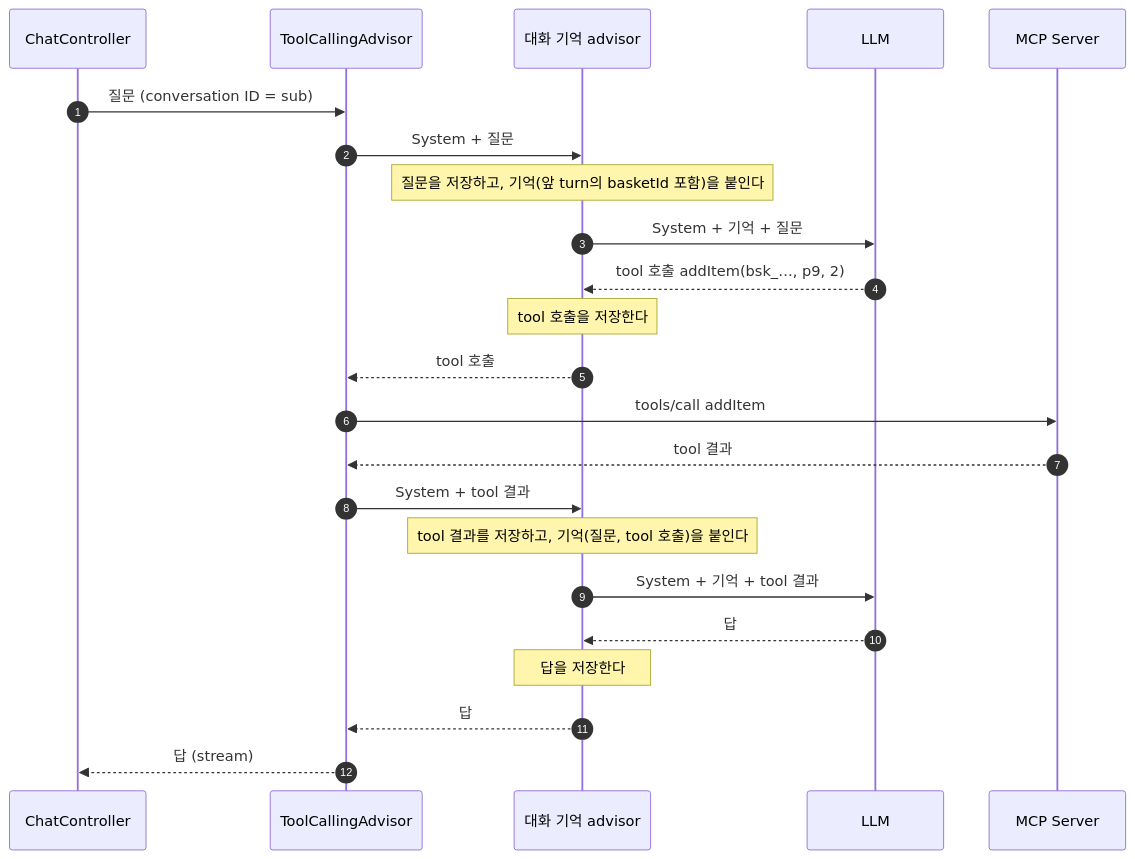
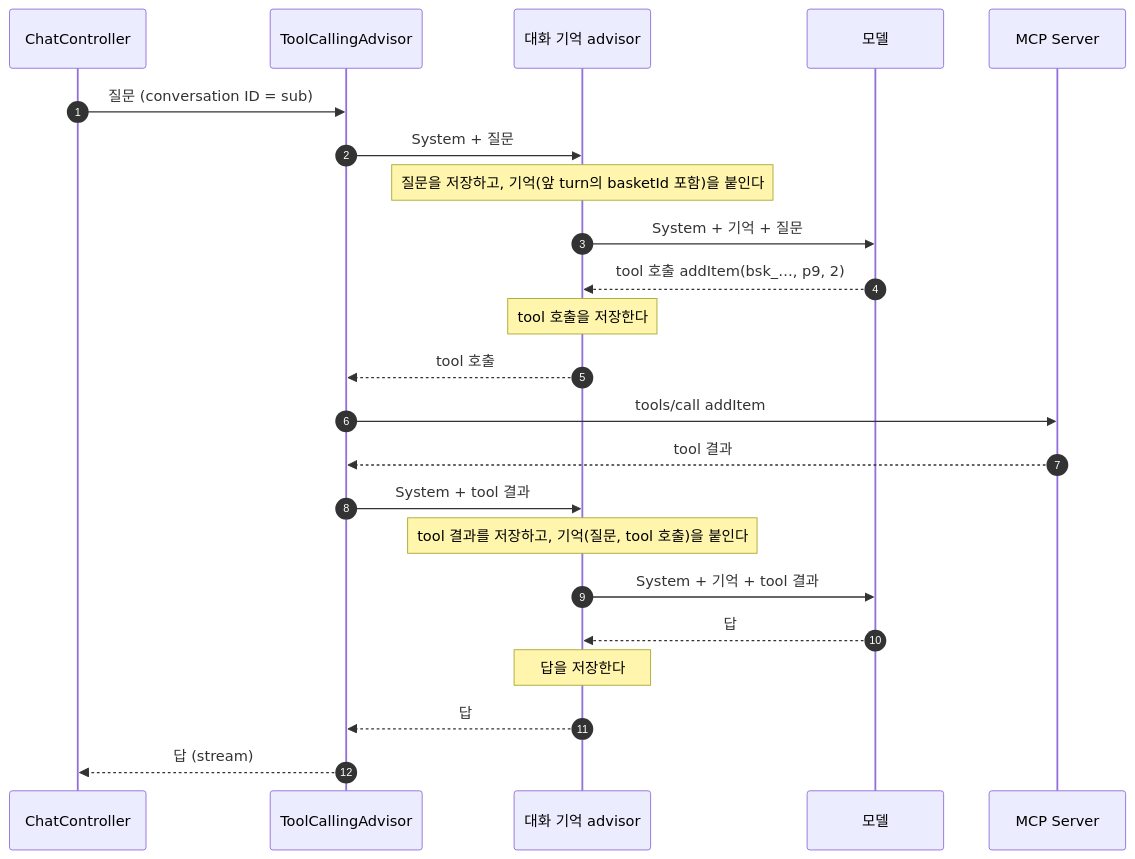
Before and after one commit to starryeye/spring-ai: the second of 2 diagrams in practice/mcp-guide/11-stateless-and-handle.md, drawn with Mermaid. The commit also changed other lines of this file and 20 other files, not shown here.

````diff
--- a/practice/mcp-guide/11-stateless-and-handle.md
+++ b/practice/mcp-guide/11-stateless-and-handle.md
@@ -317,25 +317,25 @@
 ```mermaid
 sequenceDiagram
     autonumber
     participant G as ChatController
     participant T as ToolCallingAdvisor
     participant H as 대화 기억 advisor
-    participant L as LLM
+    participant L as 모델
     participant M as MCP Server
     G->>T: 질문 (conversation ID = sub)
     T->>H: System + 질문
     Note over H: 질문을 저장하고, 기억(앞 turn의 basketId 포함)을 붙인다
     H->>L: System + 기억 + 질문
     L-->>H: tool 호출 addItem(bsk_…, p9, 2)
     Note over H: tool 호출을 저장한다
     H-->>T: tool 호출
     T->>M: tools/call addItem
     M-->>T: tool 결과
     T->>H: System + tool 결과
     Note over H: tool 결과를 저장하고, 기억(질문, tool 호출)을 붙인다
     H->>L: System + 기억 + tool 결과
     L-->>H: 답
     Note over H: 답을 저장한다
     H-->>T: 답
     T-->>G: 답 (stream)
 ```
````
